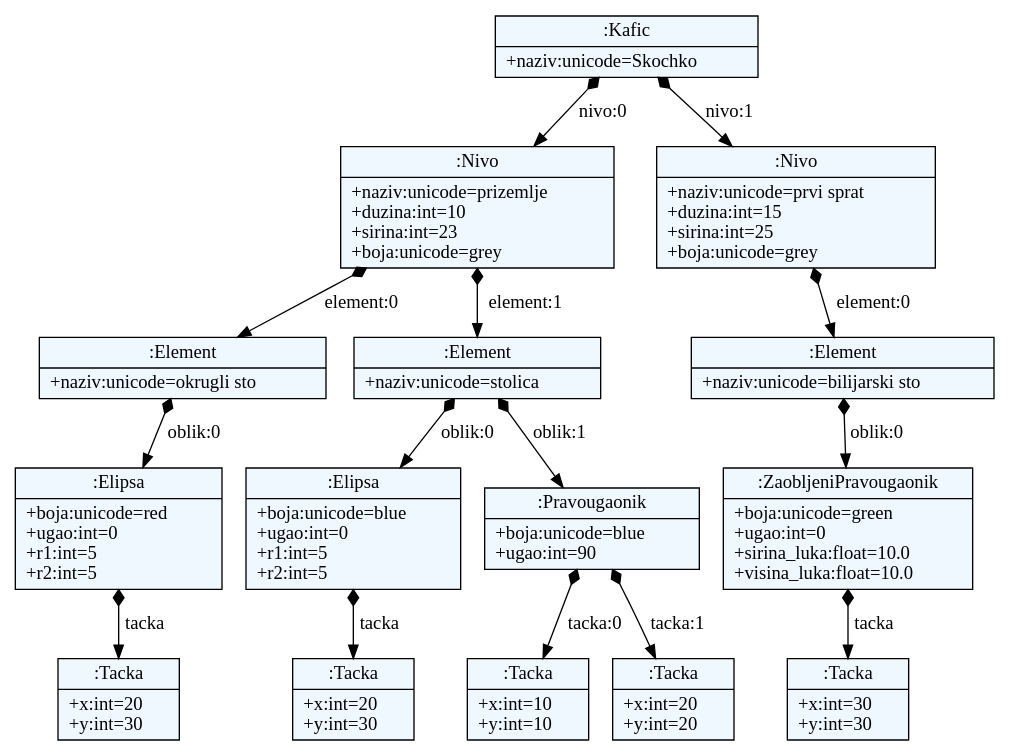
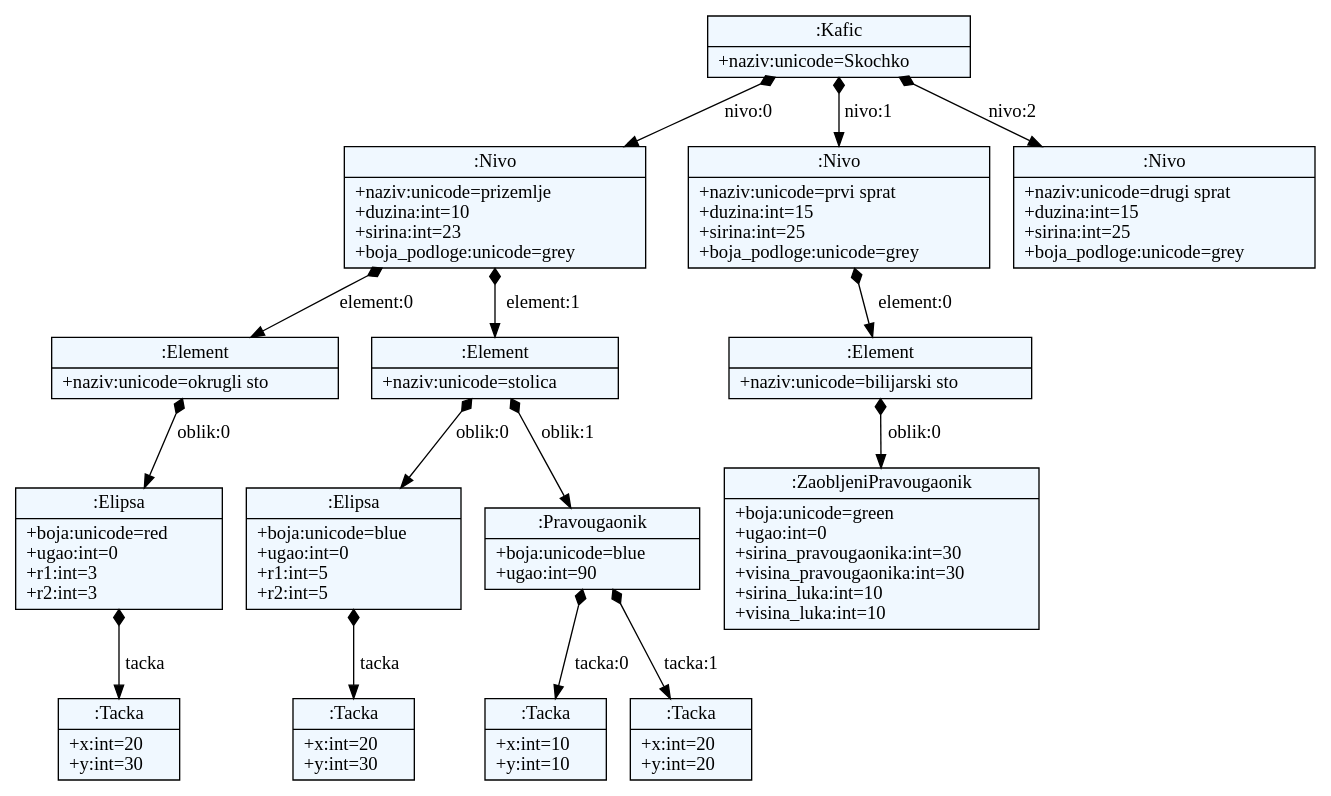
Before and after one commit to 0xMilica/JSDGenerator: the diagram in JSDProject/language/model.dot, drawn with Graphviz. The commit also changed 5 other files, not shown here.

```diff
--- a/JSDProject/language/model.dot
+++ b/JSDProject/language/model.dot
@@ -1,43 +1,43 @@
 
     digraph xtext {
     fontname = "Bitstream Vera Sans"
     fontsize = 8
     node[
         shape=record,
         style=filled,
         fillcolor=aliceblue
     ]
     edge[dir=black,arrowtail=empty]
 
 
-47152936 -> 52161952 [label="nivo:0" arrowtail=diamond dir=both]
-52161952 -> 52162512 [label="element:0" arrowtail=diamond dir=both]
-52162512 -> 52515448 [label="oblik:0" arrowtail=diamond dir=both]
-52515448 -> 52515560 [label="tacka" arrowtail=diamond dir=both]
-52515560[label="{:Tacka|+x:int=20\l+y:int=30\l}"]
-52515448[label="{:Elipsa|+boja:unicode=red\l+ugao:int=0\l+r1:int=5\l+r2:int=5\l}"]
-52162512[label="{:Element|+naziv:unicode=okrugli sto\l}"]
-52161952 -> 52138784 [label="element:1" arrowtail=diamond dir=both]
-52138784 -> 52515616 [label="oblik:0" arrowtail=diamond dir=both]
-52515616 -> 52515728 [label="tacka" arrowtail=diamond dir=both]
-52515728[label="{:Tacka|+x:int=20\l+y:int=30\l}"]
-52515616[label="{:Elipsa|+boja:unicode=blue\l+ugao:int=0\l+r1:int=5\l+r2:int=5\l}"]
-52138784 -> 52515672 [label="oblik:1" arrowtail=diamond dir=both]
-52515672 -> 52515896 [label="tacka:0" arrowtail=diamond dir=both]
-52515896[label="{:Tacka|+x:int=10\l+y:int=10\l}"]
-52515672 -> 52515952 [label="tacka:1" arrowtail=diamond dir=both]
-52515952[label="{:Tacka|+x:int=20\l+y:int=20\l}"]
-52515672[label="{:Pravougaonik|+boja:unicode=blue\l+ugao:int=90\l}"]
-52138784[label="{:Element|+naziv:unicode=stolica\l}"]
-52161952[label="{:Nivo|+naziv:unicode=prizemlje\l+duzina:int=10\l+sirina:int=23\l+boja:unicode=grey\l}"]
-47152936 -> 52162400 [label="nivo:1" arrowtail=diamond dir=both]
-52162400 -> 52515504 [label="element:0" arrowtail=diamond dir=both]
-52515504 -> 52516008 [label="oblik:0" arrowtail=diamond dir=both]
-52516008 -> 52516120 [label="tacka" arrowtail=diamond dir=both]
-52516120[label="{:Tacka|+x:int=30\l+y:int=30\l}"]
-52516008[label="{:ZaobljeniPravougaonik|+boja:unicode=green\l+ugao:int=0\l+sirina_luka:float=10.0\l+visina_luka:float=10.0\l}"]
-52515504[label="{:Element|+naziv:unicode=bilijarski sto\l}"]
-52162400[label="{:Nivo|+naziv:unicode=prvi sprat\l+duzina:int=15\l+sirina:int=25\l+boja:unicode=grey\l}"]
-47152936[label="{:Kafic|+naziv:unicode=Skochko\l}"]
+49328816 -> 52800368 [label="nivo:0" arrowtail=diamond dir=both]
+52800368 -> 52799976 [label="element:0" arrowtail=diamond dir=both]
+52799976 -> 52798128 [label="oblik:0" arrowtail=diamond dir=both]
+52798128 -> 52797512 [label="tacka" arrowtail=diamond dir=both]
+52797512[label="{:Tacka|+x:int=20\l+y:int=30\l}"]
+52798128[label="{:Elipsa|+boja:unicode=red\l+ugao:int=0\l+r1:int=3\l+r2:int=3\l}"]
+52799976[label="{:Element|+naziv:unicode=okrugli sto\l}"]
+52800368 -> 52797568 [label="element:1" arrowtail=diamond dir=both]
+52797568 -> 52800144 [label="oblik:0" arrowtail=diamond dir=both]
+52800144 -> 52799584 [label="tacka" arrowtail=diamond dir=both]
+52799584[label="{:Tacka|+x:int=20\l+y:int=30\l}"]
+52800144[label="{:Elipsa|+boja:unicode=blue\l+ugao:int=0\l+r1:int=5\l+r2:int=5\l}"]
+52797568 -> 52800200 [label="oblik:1" arrowtail=diamond dir=both]
+52800200 -> 52798968 [label="tacka:0" arrowtail=diamond dir=both]
+52798968[label="{:Tacka|+x:int=10\l+y:int=10\l}"]
+52800200 -> 52798800 [label="tacka:1" arrowtail=diamond dir=both]
+52798800[label="{:Tacka|+x:int=20\l+y:int=20\l}"]
+52800200[label="{:Pravougaonik|+boja:unicode=blue\l+ugao:int=90\l}"]
+52797568[label="{:Element|+naziv:unicode=stolica\l}"]
+52800368[label="{:Nivo|+naziv:unicode=prizemlje\l+duzina:int=10\l+sirina:int=23\l+boja_podloge:unicode=grey\l}"]
+49328816 -> 52800424 [label="nivo:1" arrowtail=diamond dir=both]
+52800424 -> 52798184 [label="element:0" arrowtail=diamond dir=both]
+52798184 -> 52798856 [label="oblik:0" arrowtail=diamond dir=both]
+52798856[label="{:ZaobljeniPravougaonik|+boja:unicode=green\l+ugao:int=0\l+sirina_pravougaonika:int=30\l+visina_pravougaonika:int=30\l+sirina_luka:int=10\l+visina_luka:int=10\l}"]
+52798184[label="{:Element|+naziv:unicode=bilijarski sto\l}"]
+52800424[label="{:Nivo|+naziv:unicode=prvi sprat\l+duzina:int=15\l+sirina:int=25\l+boja_podloge:unicode=grey\l}"]
+49328816 -> 52799920 [label="nivo:2" arrowtail=diamond dir=both]
+52799920[label="{:Nivo|+naziv:unicode=drugi sprat\l+duzina:int=15\l+sirina:int=25\l+boja_podloge:unicode=grey\l}"]
+49328816[label="{:Kafic|+naziv:unicode=Skochko\l}"]
 
 }
```
